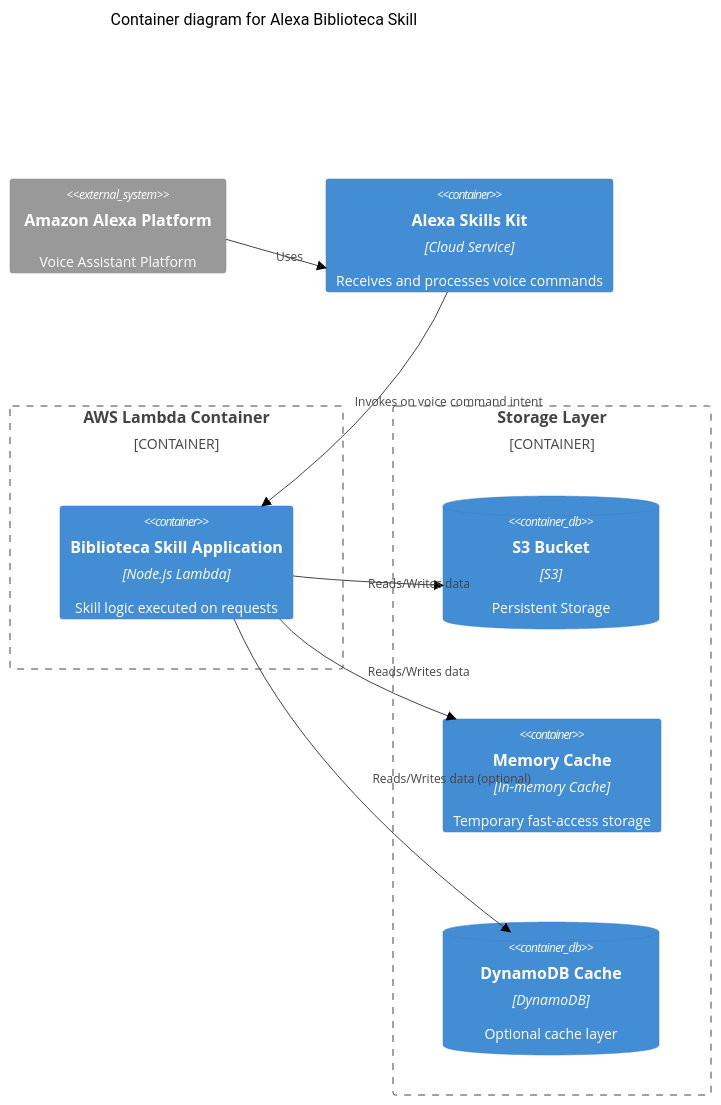
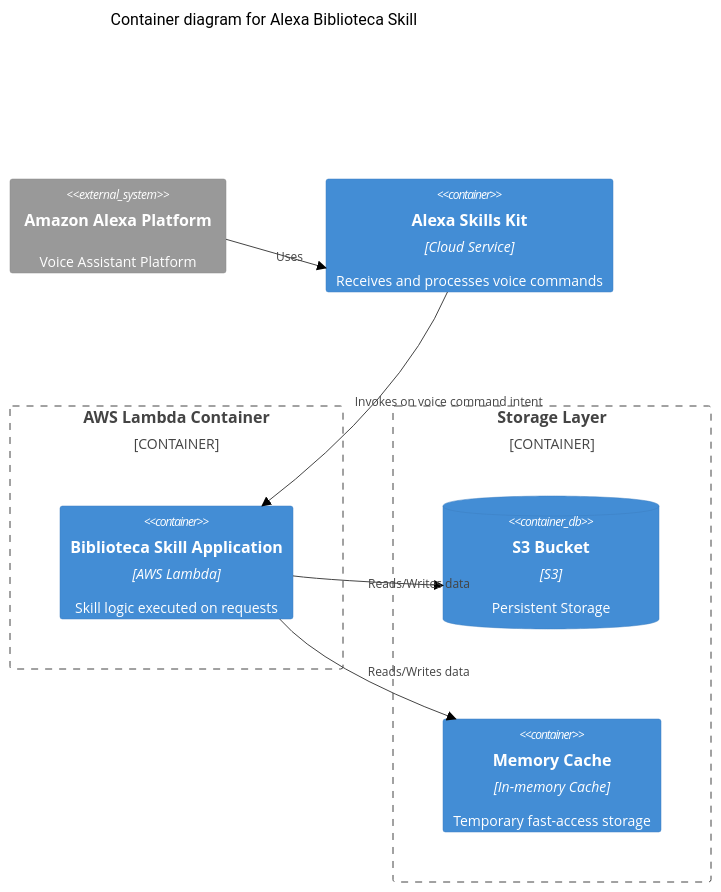
One commit to chavarc97/Actividad-Biblioteca changed the second of 7 diagrams in ReadMe.md. Above: the diagram before and after it, drawn with Mermaid (forest theme). The commit also changed other lines of this file, not shown here.

````diff
--- a/ReadMe.md
+++ b/ReadMe.md
@@ -159,23 +164,24 @@
 ```mermaid
 C4Container
 title Container diagram for Alexa Biblioteca Skill
 
 System_Ext(alexa_platform, "Amazon Alexa Platform", "Voice Assistant Platform")
 Container(ask, "Alexa Skills Kit", "Cloud Service", "Receives and processes voice commands")
 
+
 Container_Boundary(lambda, "AWS Lambda Container") {
-    Container(skill_app, "Biblioteca Skill Application", "Node.js Lambda", "Skill logic executed on requests")
+    Container(skill_app, "Biblioteca Skill Application", "AWS Lambda", "Skill logic executed on requests")
 }
 
 Container_Boundary(storage, "Storage Layer") {
     ContainerDb(s3db, "S3 Bucket", "S3", "Persistent Storage")
     Container(memcache, "Memory Cache", "In-memory Cache", "Temporary fast-access storage")
-    ContainerDb(ddb_cache, "DynamoDB Cache", "DynamoDB", "Optional cache layer")
+
 }
 
 Rel(alexa_platform, ask, "Uses")
 Rel(ask, skill_app, "Invokes on voice command intent")
 Rel(skill_app, s3db, "Reads/Writes data")
 Rel(skill_app, memcache, "Reads/Writes data")
-Rel(skill_app, ddb_cache, "Reads/Writes data (optional)")
+
 ```
````
